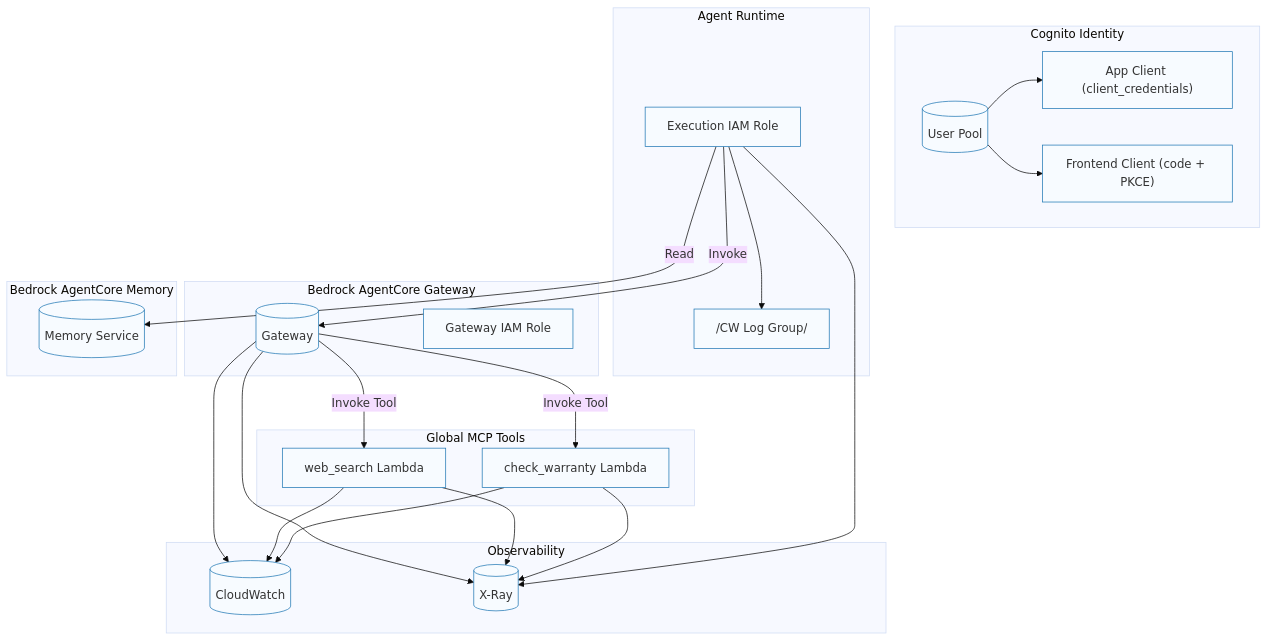
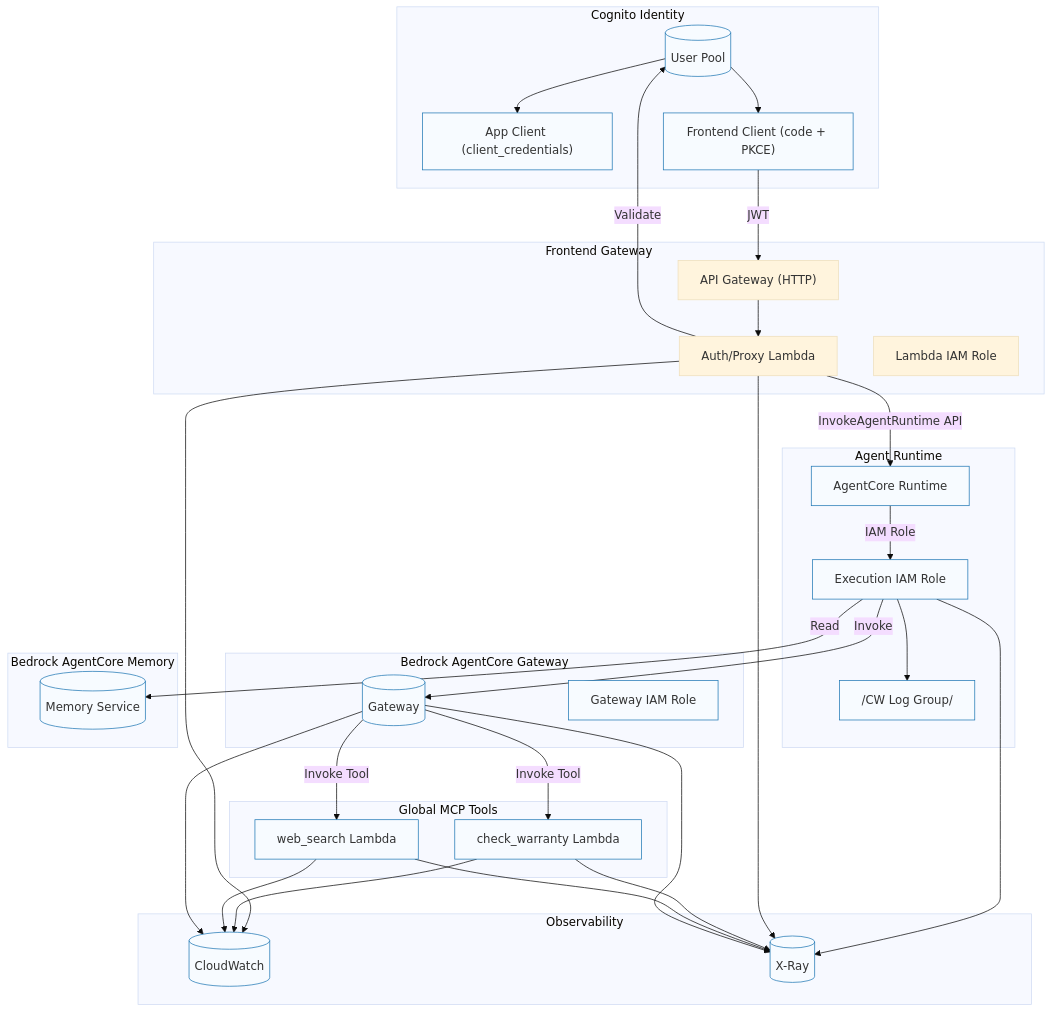
Before and after one commit to Kornienkoal/aws-agentcore-enterprise-toolkit: the diagram in docs/diagrams/infra-overview.mmd, drawn with Mermaid (base theme). The commit also changed 3 other files, not shown here.

Commit message:
feat: Update architecture diagrams to reflect Frontend Gateway integration and JWT validation flow

```diff
--- a/docs/diagrams/infra-overview.mmd
+++ b/docs/diagrams/infra-overview.mmd
@@ -1,55 +1,69 @@
 %% Infra Overview — AgentCore (C4/C2-ish)
 %% Render with Mermaid CLI or in GitHub preview
 
 graph TD
   subgraph Identity [Cognito Identity]
     UP[("User Pool")]
     M2M["App Client (client_credentials)"]
     FE["Frontend Client (code + PKCE)"]
+  end
+
+  subgraph FrontendGW [Frontend Gateway]
+    FEGW["API Gateway (HTTP)"]
+    FELambda["Auth/Proxy Lambda"]
+    FERole["Lambda IAM Role"]
   end
 
   subgraph Gateway [Bedrock AgentCore Gateway]
     GW[("Gateway")]
     GRole[Gateway IAM Role]
   end
 
   subgraph Tools [Global MCP Tools]
     T1[check_warranty Lambda]
     T2[web_search Lambda]
   end
 
   subgraph Runtime [Agent Runtime]
+    RuntimeSvc["AgentCore Runtime"]
     RRole[Execution IAM Role]
     Logs["/CW Log Group/"]
   end
 
   subgraph Memory [Bedrock AgentCore Memory]
     MEM[("Memory Service")]
   end
 
   subgraph Observability [Observability]
     CW[("CloudWatch")]
     XR[("X-Ray")]
   end
 
   UP --> M2M
   UP --> FE
+  FE -->|JWT| FEGW
+  FEGW --> FELambda
+  FELambda -->|Validate| UP
+  FELambda -->|InvokeAgentRuntime API| RuntimeSvc
+  RuntimeSvc -->|IAM Role| RRole
 
   RRole -->|Invoke| GW
   GW -->|Invoke Tool| T1
   GW -->|Invoke Tool| T2
 
   RRole -->|Read| MEM
 
   RRole --> Logs
+  FELambda --> CW
   T1 --> CW
   T2 --> CW
   GW --> CW
 
   RRole --> XR
+  FELambda --> XR
   T1 --> XR
   T2 --> XR
   GW --> XR
 
   classDef aws fill:#f7fbff,stroke:#1f77b4,stroke-width:1px
-  class UP,M2M,FE,GW,GRole,T1,T2,RRole,Logs,MEM,CW,XR aws
+  class UP,M2M,FE,GW,GRole,T1,T2,RuntimeSvc,RRole,Logs,MEM,CW,XR aws
```
